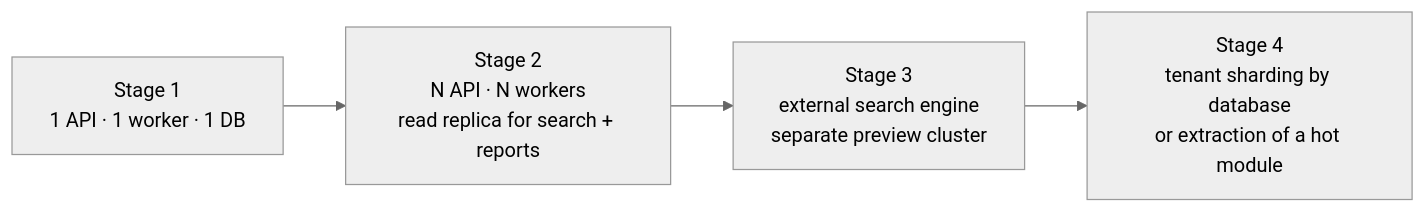
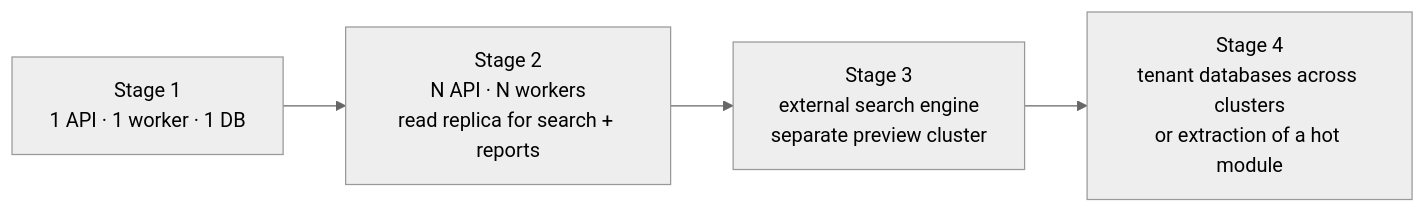
Before and after one commit to munaxa/munaxa-docs: the diagram in docs/architecture/19-performance-and-scalability.md, drawn with Mermaid (neutral theme). The commit also changed other lines of this file and 226 other files, not shown here.

````diff
--- a/docs/architecture/19-performance-and-scalability.md
+++ b/docs/architecture/19-performance-and-scalability.md
@@ -82,6 +82,6 @@
 ```mermaid
 graph LR
     A["Stage 1<br/>1 API · 1 worker · 1 DB"] --> B["Stage 2<br/>N API · N workers<br/>read replica for search + reports"]
     B --> C["Stage 3<br/>external search engine<br/>separate preview cluster"]
-    C --> D["Stage 4<br/>tenant sharding by database<br/>or extraction of a hot module"]
+    C --> D["Stage 4<br/>tenant databases across clusters<br/>or extraction of a hot module"]
 ```
````
